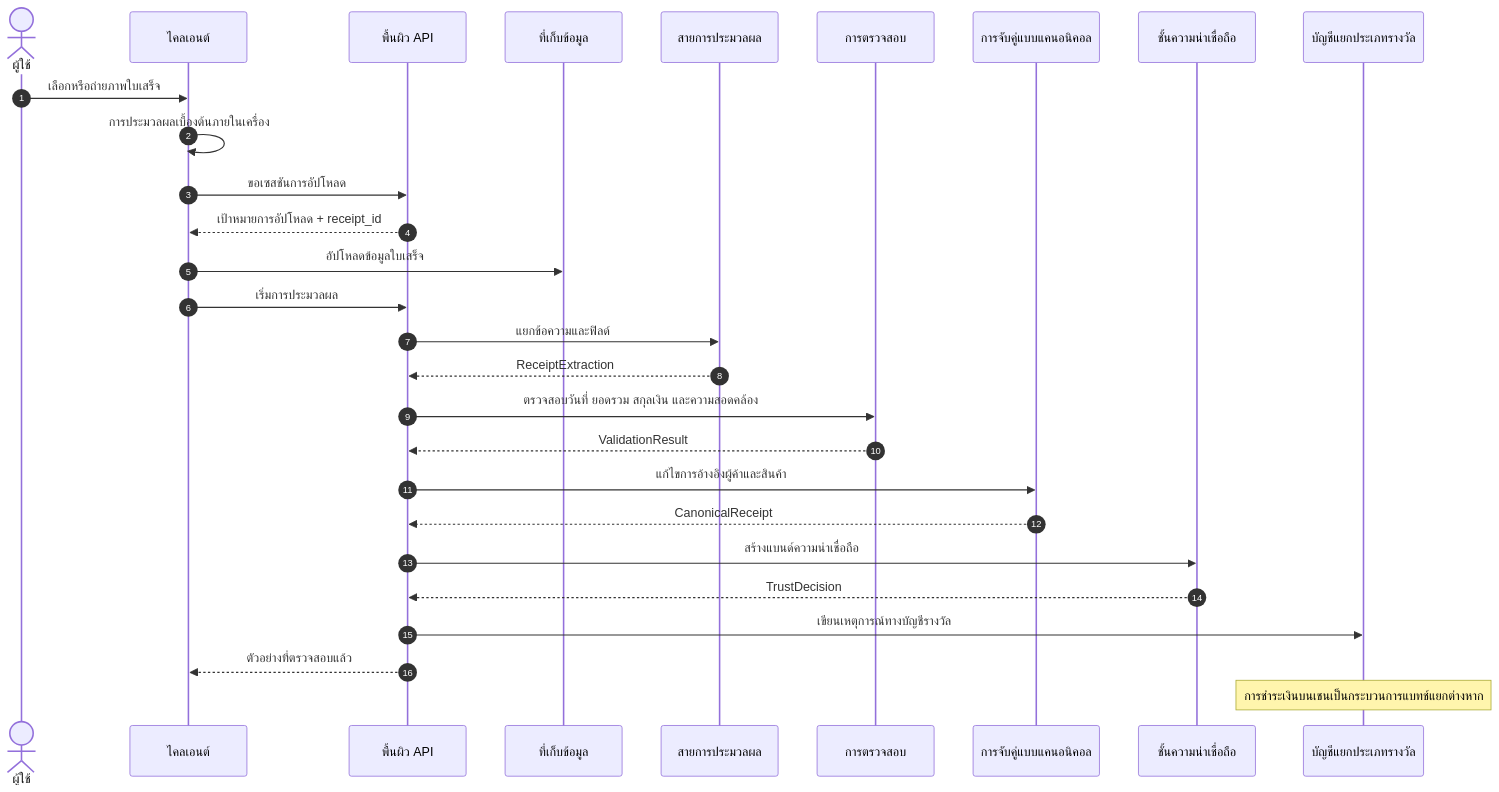
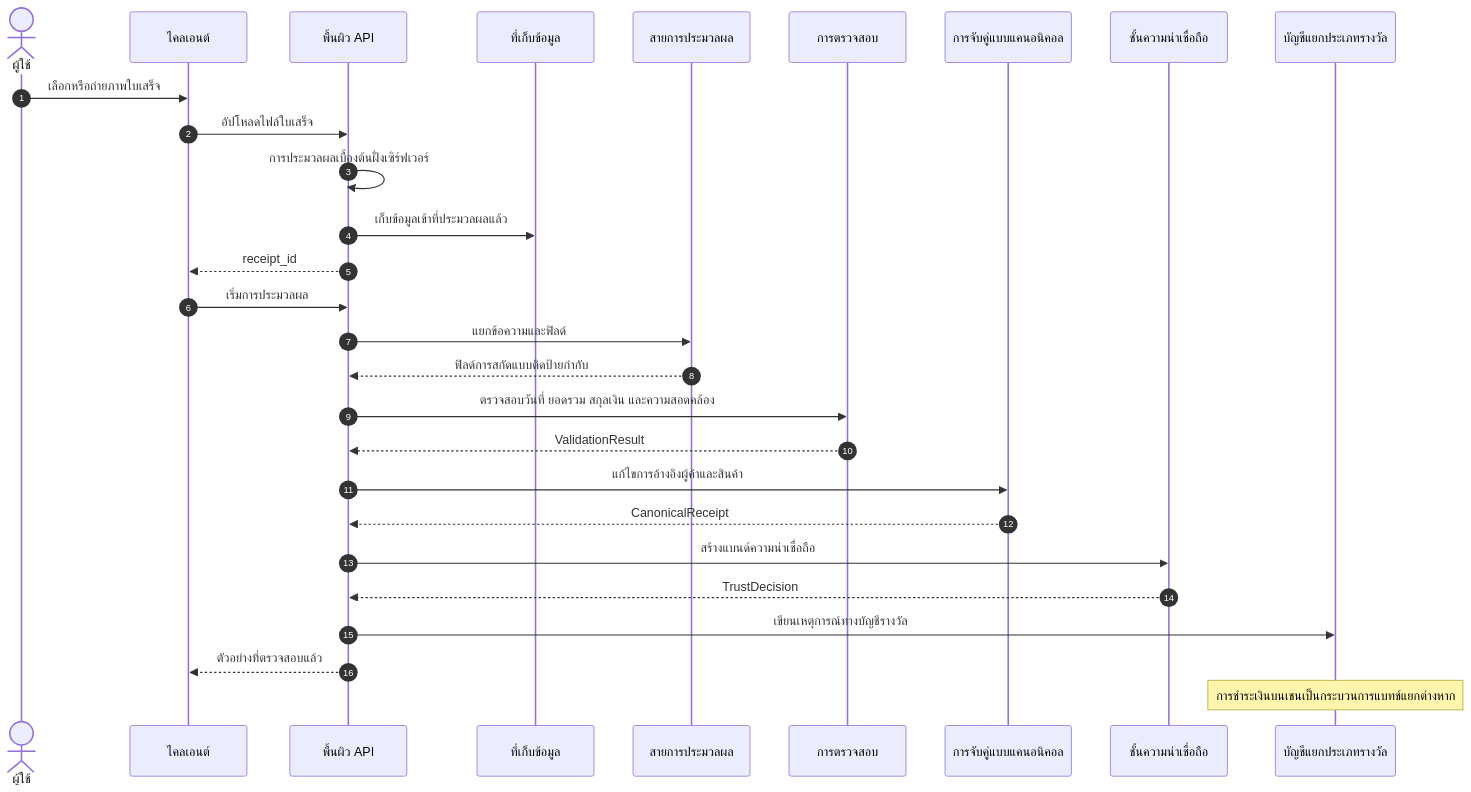
One commit to Yumo-Yumo-Inc/yumoyumohq changed the diagram in content/technical-paper/th/02-receipt-pipeline/01-overview.md. Above: the diagram before and after it, drawn with Mermaid. The commit also changed 1048 other files, not shown here.

````diff
--- a/content/technical-paper/th/02-receipt-pipeline/01-overview.md
+++ b/content/technical-paper/th/02-receipt-pipeline/01-overview.md
@@ -19,31 +19,31 @@
 ```mermaid
 sequenceDiagram
     autonumber
     actor U as ผู้ใช้
     participant C as ไคลเอนต์
     participant API as พื้นผิว API
     participant S as ที่เก็บข้อมูล
     participant P as สายการประมวลผล
     participant V as การตรวจสอบ
     participant M as การจับคู่แบบแคนอนิคอล
     participant T as ชั้นความน่าเชื่อถือ
     participant L as บัญชีแยกประเภทรางวัล
 
     U->>C: เลือกหรือถ่ายภาพใบเสร็จ
-    C->>C: การประมวลผลเบื้องต้นภายในเครื่อง
-    C->>API: ขอเซสชันการอัปโหลด
-    API-->>C: เป้าหมายการอัปโหลด + receipt_id
-    C->>S: อัปโหลดข้อมูลใบเสร็จ
+    C->>API: อัปโหลดไฟล์ใบเสร็จ
+    API->>API: การประมวลผลเบื้องต้นฝั่งเซิร์ฟเวอร์
+    API->>S: เก็บข้อมูลเข้าที่ประมวลผลแล้ว
+    API-->>C: receipt_id
     C->>API: เริ่มการประมวลผล
     API->>P: แยกข้อความและฟิลด์
-    P-->>API: ReceiptExtraction
+    P-->>API: ฟิลด์การสกัดแบบติดป้ายกำกับ
     API->>V: ตรวจสอบวันที่ ยอดรวม สกุลเงิน และความสอดคล้อง
     V-->>API: ValidationResult
     API->>M: แก้ไขการอ้างอิงผู้ค้าและสินค้า
     M-->>API: CanonicalReceipt
     API->>T: สร้างแบนด์ความน่าเชื่อถือ
     T-->>API: TrustDecision
     API->>L: เขียนเหตุการณ์ทางบัญชีรางวัล
     API-->>C: ตัวอย่างที่ตรวจสอบแล้ว
     Note over L: การชำระเงินบนเชนเป็นกระบวนการแบทช์แยกต่างหาก
 ```
````
